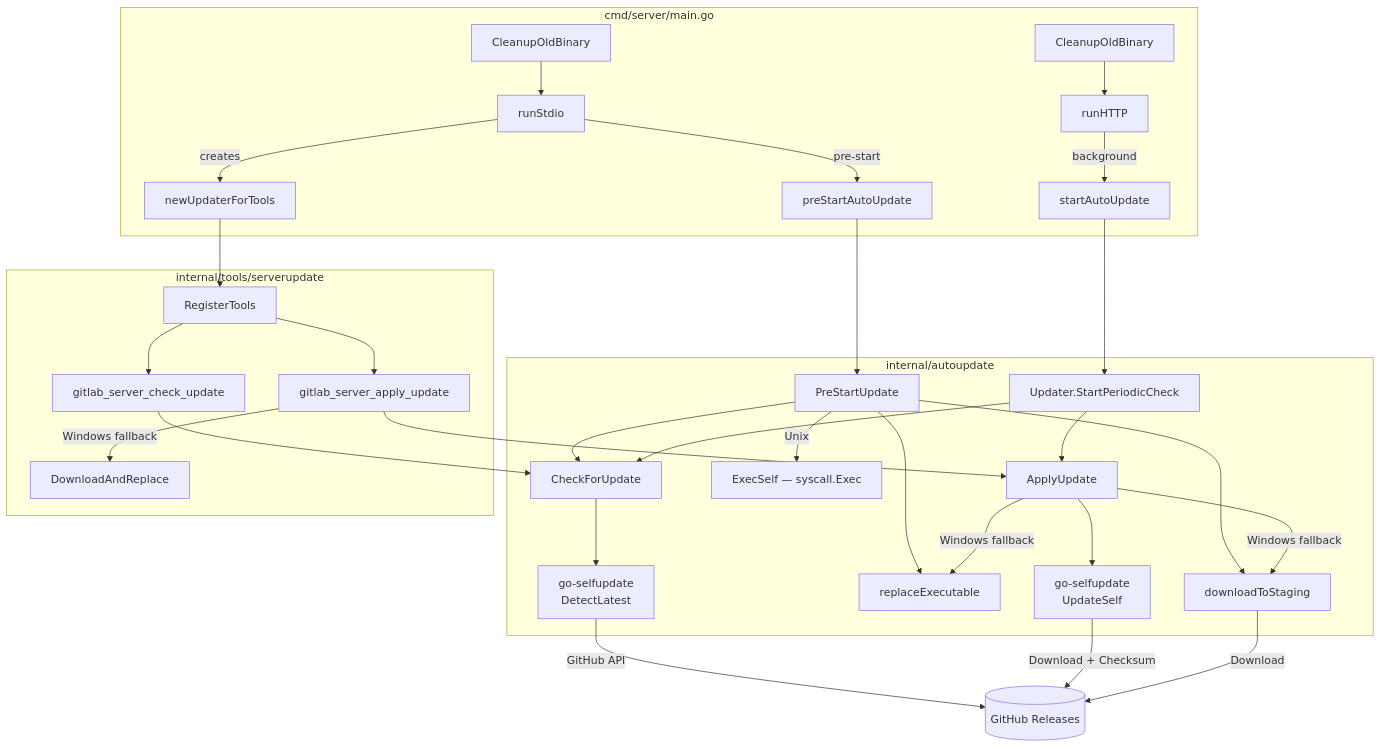
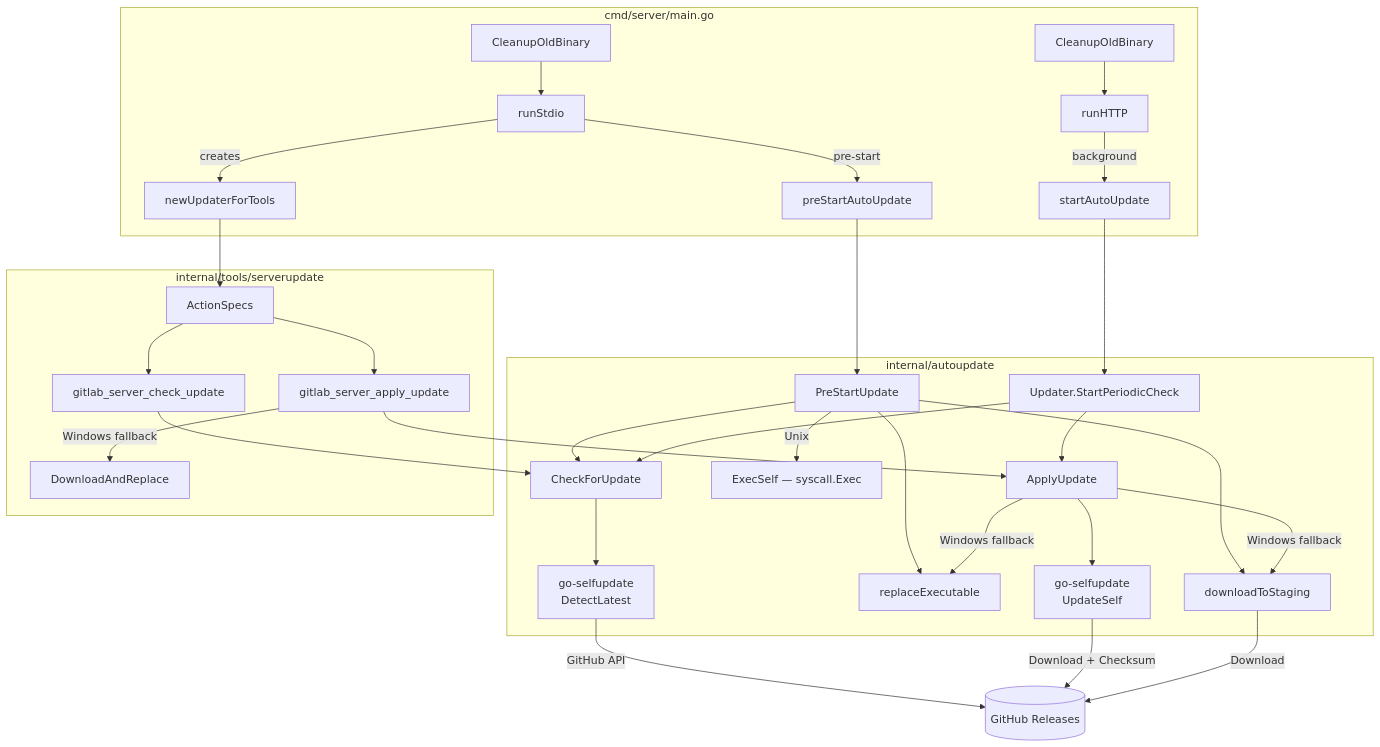
The second of 2 diagrams in docs/auto-update.md (jmrplens/gitlab-mcp-server), drawn with Mermaid before and after one commit. The commit also changed 1137 other files, not shown here.

````diff
--- a/docs/auto-update.md
+++ b/docs/auto-update.md
@@ -254,38 +254,38 @@
 ```mermaid
 graph TD
     subgraph "cmd/server/main.go"
         A0[CleanupOldBinary] --> A
         A[runStdio] -->|pre-start| B[preStartAutoUpdate]
         A -->|creates| C[newUpdaterForTools]
         D0[CleanupOldBinary] --> D
         D[runHTTP] -->|background| E[startAutoUpdate]
     end
 
     subgraph "internal/autoupdate"
         B --> F[PreStartUpdate]
         F --> H[CheckForUpdate]
         F --> P[downloadToStaging]
         F --> Q[replaceExecutable]
         F -->|Unix| R[ExecSelf — syscall.Exec]
         E --> G[Updater.StartPeriodicCheck]
         G --> H
         G --> I[ApplyUpdate]
         H --> J[go-selfupdate<br/>DetectLatest]
         I --> K[go-selfupdate<br/>UpdateSelf]
         I -->|Windows fallback| P
         I -->|Windows fallback| Q
     end
 
     subgraph "internal/tools/serverupdate"
-        C --> L[RegisterTools]
+        C --> L[ActionSpecs]
         L --> M[gitlab_server_check_update]
         L --> N[gitlab_server_apply_update]
         M --> H
         N --> I
         N -->|Windows fallback| S[DownloadAndReplace]
     end
 
     J -->|GitHub API| O[(GitHub Releases)]
     K -->|Download + Checksum| O
     P -->|Download| O
 ```
````
